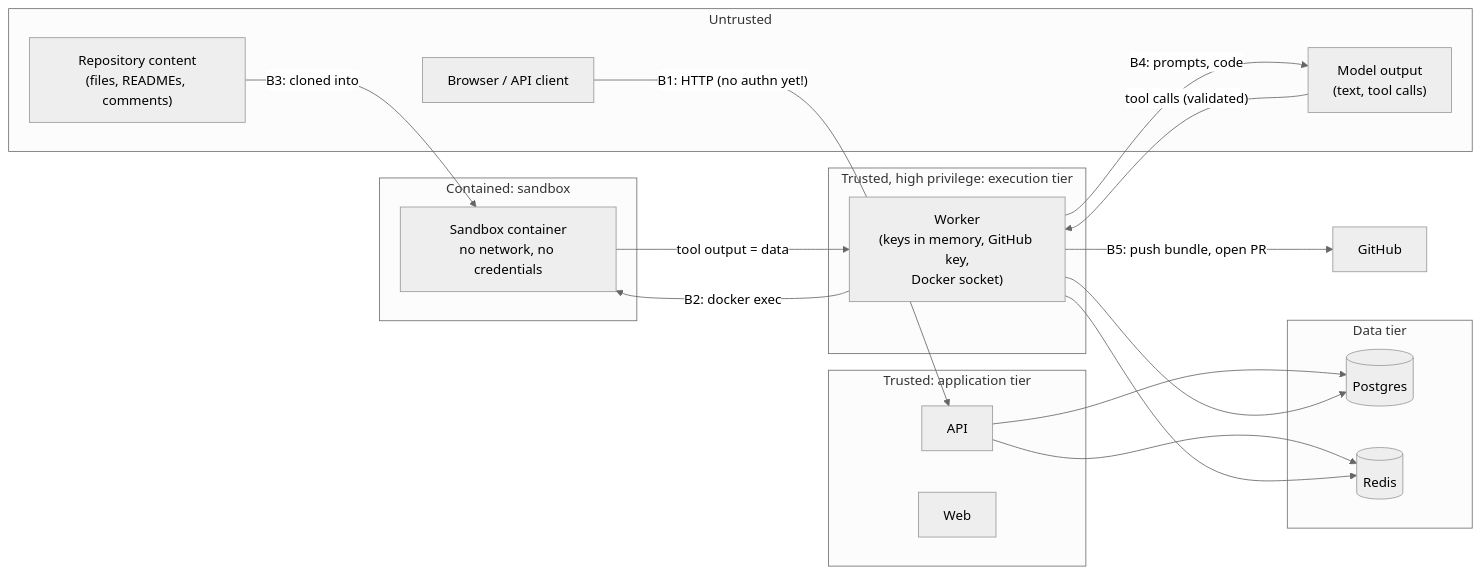
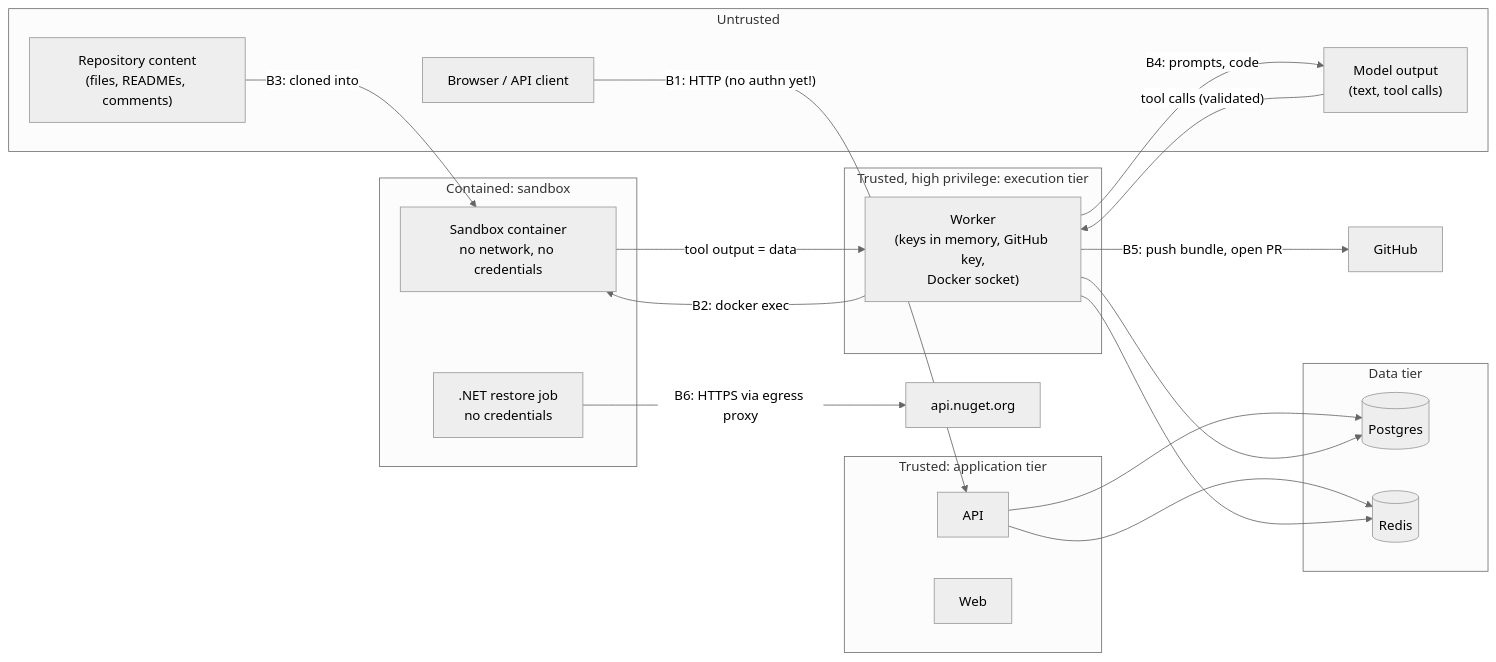
Before and after one commit to KsiProgramming/agentic-dev: the diagram in docs/security/security-model.md, drawn with Mermaid (neutral theme). The commit also changed other lines of this file and 36 other files, not shown here.

````diff
--- a/docs/security/security-model.md
+++ b/docs/security/security-model.md
@@ -24,32 +24,34 @@
 ```mermaid
 flowchart LR
     subgraph U["Untrusted"]
         user["Browser / API client"]
         repo["Repository content<br/>(files, READMEs, comments)"]
         model["Model output<br/>(text, tool calls)"]
     end
     subgraph T1["Trusted: application tier"]
         api["API"]
         web["Web"]
     end
     subgraph T2["Trusted, high privilege: execution tier"]
         worker["Worker<br/>(keys in memory, GitHub key,<br/>Docker socket)"]
     end
     subgraph T3["Contained: sandbox"]
         sb["Sandbox container<br/>no network, no credentials"]
+        job[".NET restore job<br/>no credentials"]
     end
     subgraph D["Data tier"]
         pg[("Postgres")]
         rd[("Redis")]
     end
 
     user -- "B1: HTTP (no authn yet!)" --> api
     api --> pg & rd
     worker --> pg & rd
     worker -- "B2: docker exec" --> sb
     repo -- "B3: cloned into" --> sb
     sb -- "tool output = data" --> worker
     worker -- "B4: prompts, code" --> model
     model -- "tool calls (validated)" --> worker
     worker -- "B5: push bundle, open PR" --> gh["GitHub"]
+    job -- "B6: HTTPS via egress proxy" --> nuget["api.nuget.org"]
 ```
````
